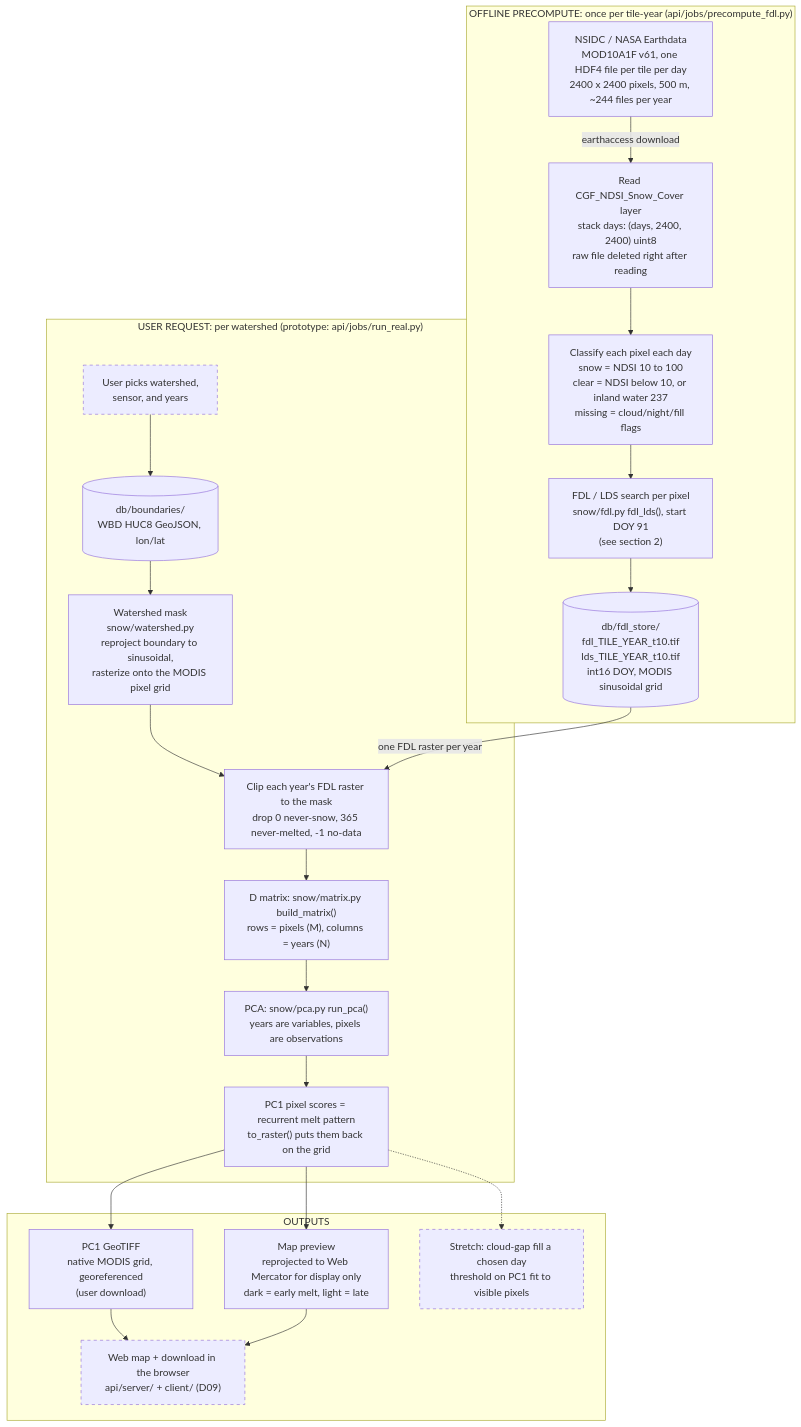
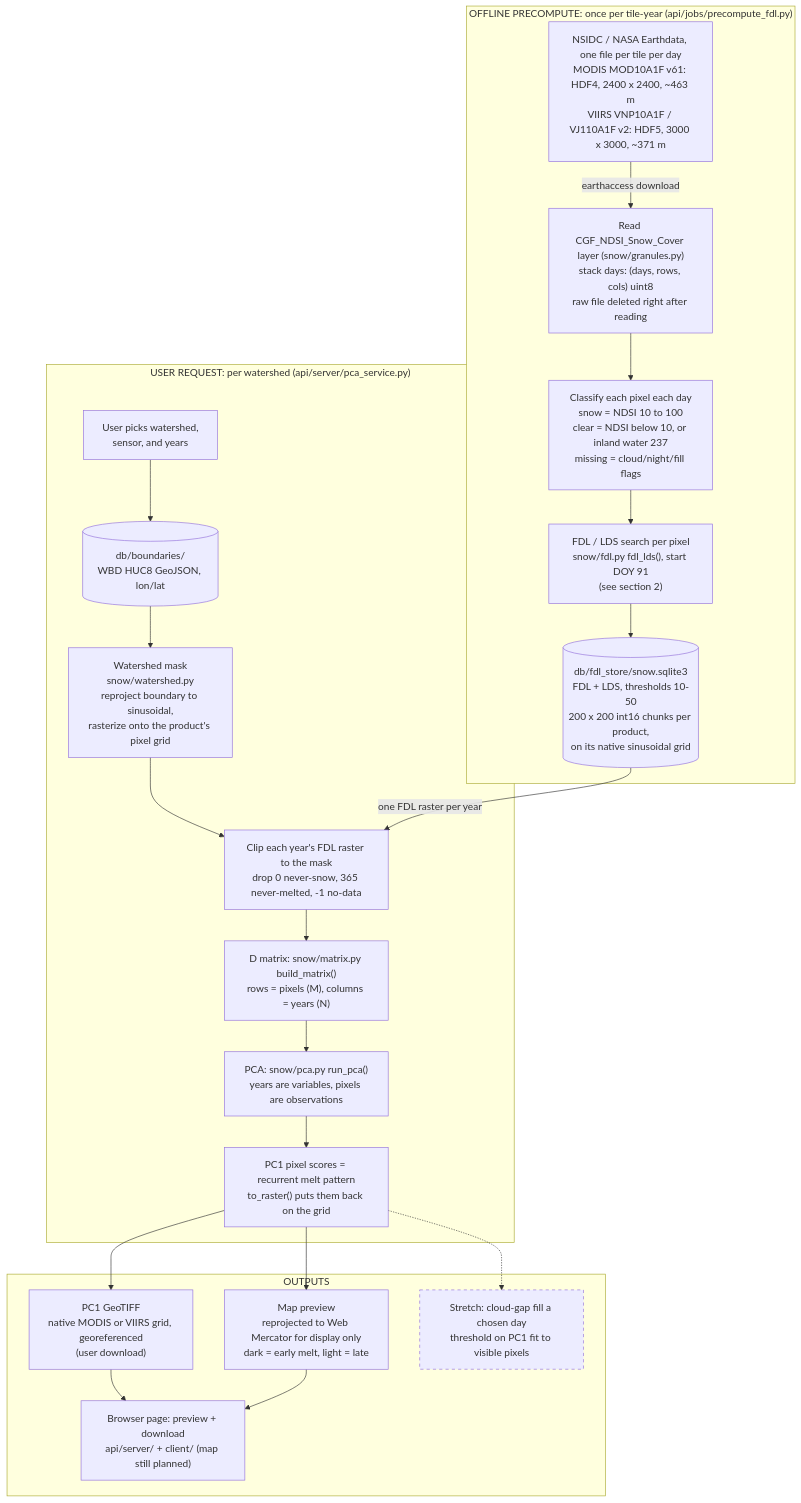
Before and after one commit to UI-Satellite-Data-Snow-Visualization/Snow-Visualization: the first of 3 diagrams in Admin_And_Docs/Pipeline_Overview.md, drawn with Mermaid. The commit also changed other lines of this file and 32 other files, not shown here.

First line of the commit message:
Add VIIRS support (VNP10A1F/VJ110A1F) across precompute, storage, API, client, workbench and run_real

````diff
--- a/Admin_And_Docs/Pipeline_Overview.md
+++ b/Admin_And_Docs/Pipeline_Overview.md
@@ -11,39 +11,39 @@
 ```mermaid
 flowchart TD
     subgraph OFFLINE["OFFLINE PRECOMPUTE: once per tile-year (api/jobs/precompute_fdl.py)"]
-        A["NSIDC / NASA Earthdata<br/>MOD10A1F v61, one HDF4 file per tile per day<br/>2400 x 2400 pixels, 500 m, ~244 files per year"]
-        B["Read CGF_NDSI_Snow_Cover layer<br/>stack days: (days, 2400, 2400) uint8<br/>raw file deleted right after reading"]
+        A["NSIDC / NASA Earthdata, one file per tile per day<br/>MODIS MOD10A1F v61: HDF4, 2400 x 2400, ~463 m<br/>VIIRS VNP10A1F / VJ110A1F v2: HDF5, 3000 x 3000, ~371 m"]
+        B["Read CGF_NDSI_Snow_Cover layer (snow/granules.py)<br/>stack days: (days, rows, cols) uint8<br/>raw file deleted right after reading"]
         C["Classify each pixel each day<br/>snow = NDSI 10 to 100<br/>clear = NDSI below 10, or inland water 237<br/>missing = cloud/night/fill flags"]
         D["FDL / LDS search per pixel<br/>snow/fdl.py fdl_lds(), start DOY 91<br/>(see section 2)"]
-        E[("db/fdl_store/<br/>fdl_TILE_YEAR_t10.tif<br/>lds_TILE_YEAR_t10.tif<br/>int16 DOY, MODIS sinusoidal grid")]
+        E[("db/fdl_store/snow.sqlite3<br/>FDL + LDS, thresholds 10-50<br/>200 x 200 int16 chunks per product,<br/>on its native sinusoidal grid")]
         A -->|earthaccess download| B --> C --> D --> E
     end
 
-    subgraph REQUEST["USER REQUEST: per watershed (prototype: api/jobs/run_real.py)"]
-        U["User picks watershed,<br/>sensor, and years"]:::planned
+    subgraph REQUEST["USER REQUEST: per watershed (api/server/pca_service.py)"]
+        U["User picks watershed,<br/>sensor, and years"]
         W[("db/boundaries/<br/>WBD HUC8 GeoJSON, lon/lat")]
-        M["Watershed mask<br/>snow/watershed.py<br/>reproject boundary to sinusoidal,<br/>rasterize onto the MODIS pixel grid"]
+        M["Watershed mask<br/>snow/watershed.py<br/>reproject boundary to sinusoidal,<br/>rasterize onto the product's pixel grid"]
         K["Clip each year's FDL raster to the mask<br/>drop 0 never-snow, 365 never-melted, -1 no-data"]
         X["D matrix: snow/matrix.py build_matrix()<br/>rows = pixels (M), columns = years (N)"]
         P["PCA: snow/pca.py run_pca()<br/>years are variables, pixels are observations"]
         S["PC1 pixel scores = recurrent melt pattern<br/>to_raster() puts them back on the grid"]
         U --> W --> M --> K --> X --> P --> S
     end
 
     E -->|"one FDL raster per year"| K
 
     subgraph OUT["OUTPUTS"]
-        G["PC1 GeoTIFF<br/>native MODIS grid, georeferenced<br/>(user download)"]
+        G["PC1 GeoTIFF<br/>native MODIS or VIIRS grid, georeferenced<br/>(user download)"]
         V["Map preview<br/>reprojected to Web Mercator for display only<br/>dark = early melt, light = late"]
-        WEB["Web map + download in the browser<br/>api/server/ + client/ (D09)"]:::planned
+        WEB["Browser page: preview + download<br/>api/server/ + client/ (map still planned)"]
         CGF["Stretch: cloud-gap fill a chosen day<br/>threshold on PC1 fit to visible pixels"]:::planned
     end
 
     S --> G
     S --> V
     G --> WEB
     V --> WEB
     S -.-> CGF
 
     classDef planned stroke-dasharray: 5 5
 ```
````
